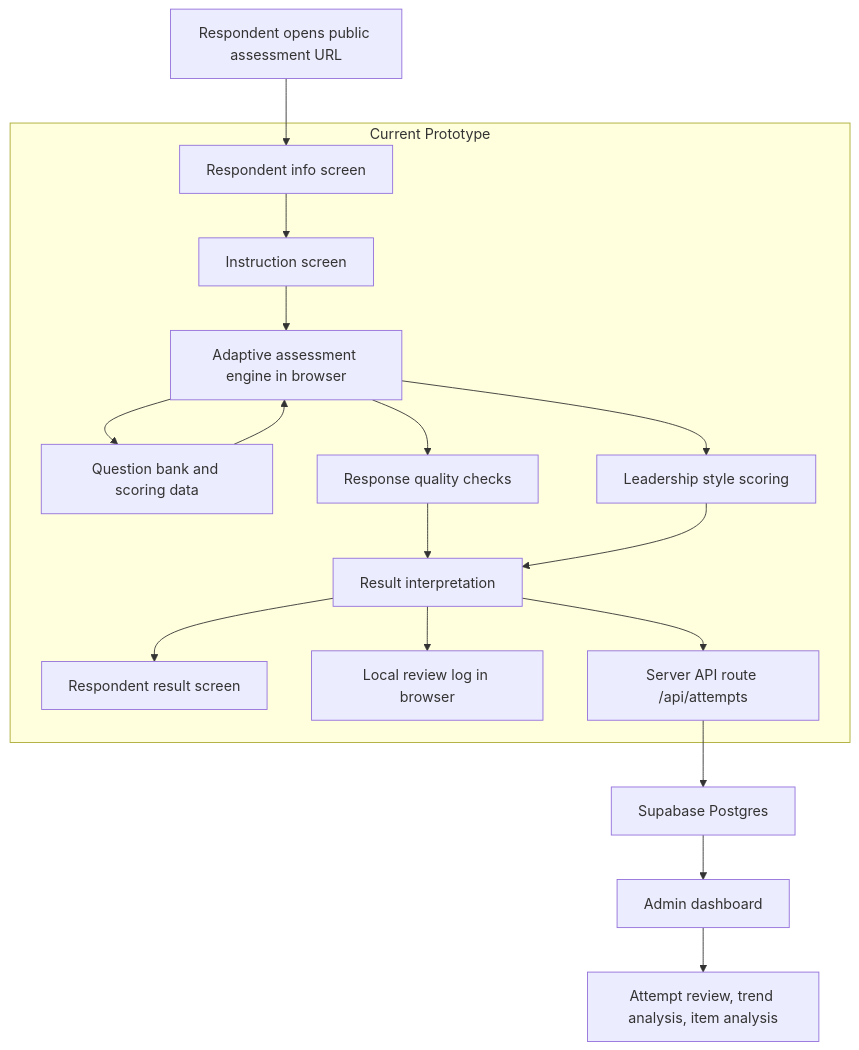
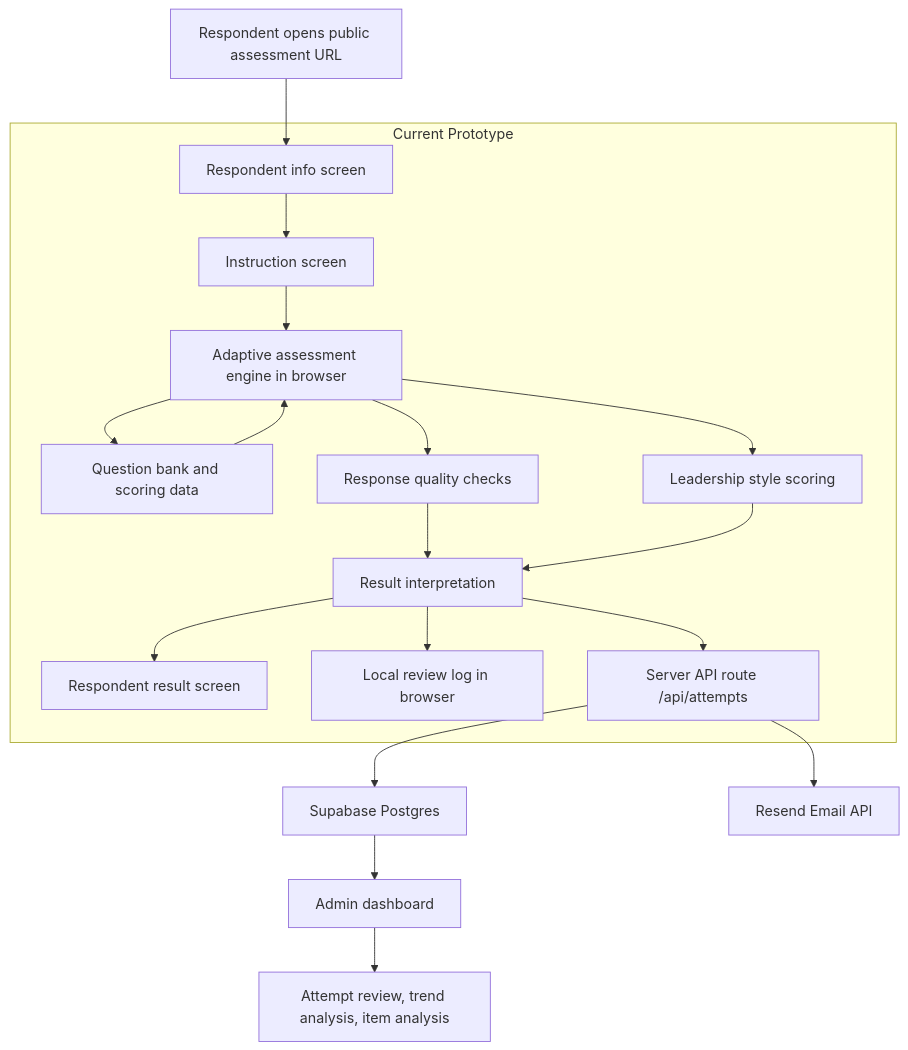
One commit to campojo/2.0_Leadership changed the first of 3 diagrams in ARCHITECTURE_OVERVIEW.md. Above: the diagram before and after it, drawn with Mermaid. The commit also changed other lines of this file and 2 other files, not shown here.

Commit message:
Separate database and email delivery failures

````diff
--- a/ARCHITECTURE_OVERVIEW.md
+++ b/ARCHITECTURE_OVERVIEW.md
@@ -44,32 +44,33 @@
 ```mermaid
 flowchart TD
   A["Respondent opens public assessment URL"] --> N["Respondent info screen"]
   N --> B["Instruction screen"]
   B --> C["Adaptive assessment engine in browser"]
   C --> D["Question bank and scoring data"]
   D --> C
   C --> E["Response quality checks"]
   C --> F["Leadership style scoring"]
   E --> G["Result interpretation"]
   F --> G
   G --> H["Respondent result screen"]
   G --> I["Local review log in browser"]
   G --> J["Server API route /api/attempts"]
   J --> K["Supabase Postgres"]
+  J --> O["Resend Email API"]
 
   subgraph CurrentPrototype["Current Prototype"]
     B
     N
     C
     D
     E
     F
     G
     H
     I
     J
   end
 
   K --> L["Admin dashboard"]
   L --> M["Attempt review, trend analysis, item analysis"]
 ```
````
